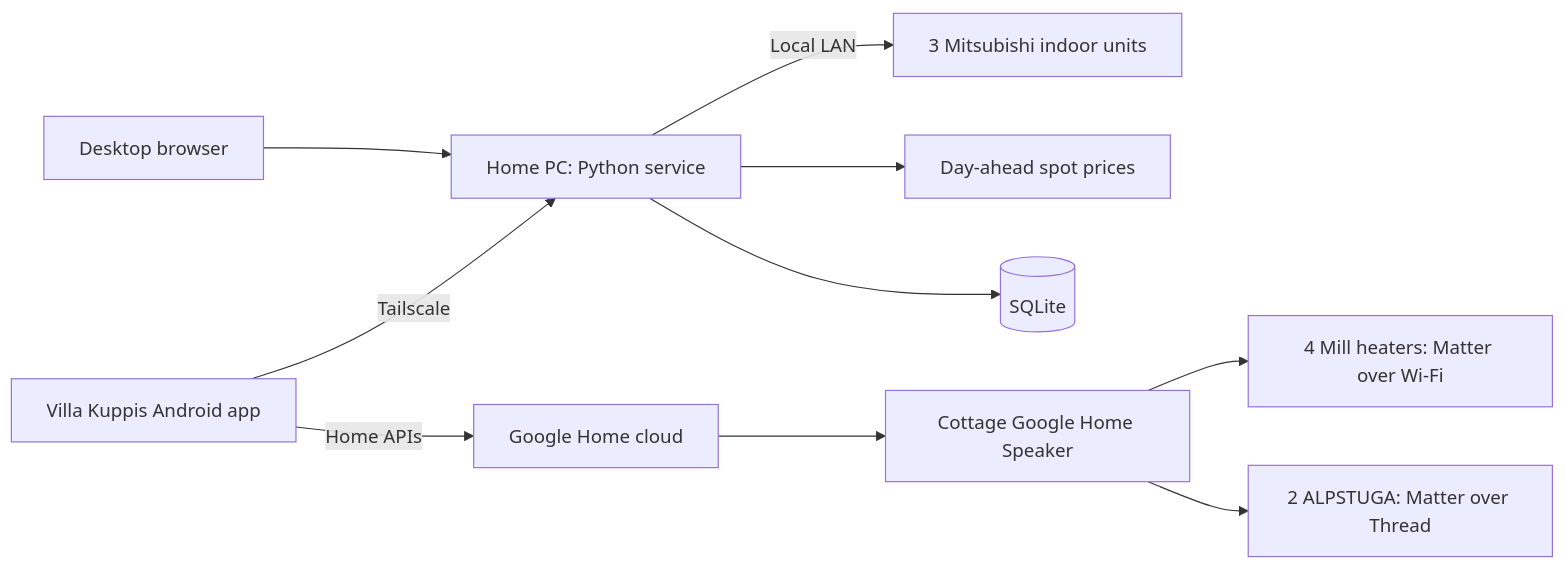
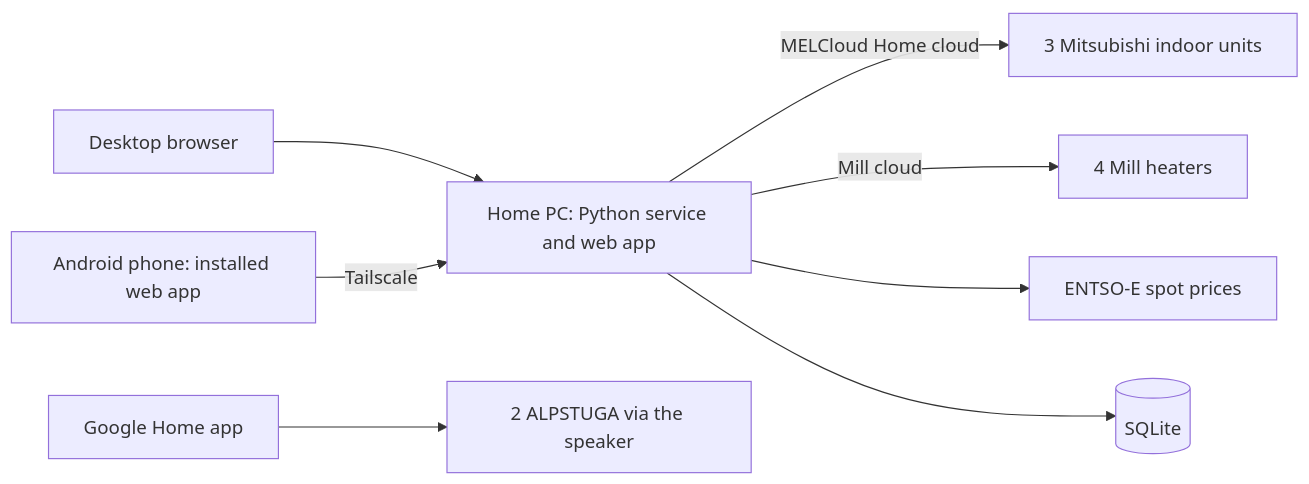
One commit to Vkuparin/villa-kuppis changed the diagram in docs/architecture.md. Above: the diagram before and after it, drawn with Mermaid. The commit also changed other lines of this file and 16 other files, not shown here.

First line of the commit message:
Plan revision 3: cloud routes and one web app

````diff
--- a/docs/architecture.md
+++ b/docs/architecture.md
@@ -14,12 +14,10 @@
 ```mermaid
 flowchart LR
-  Desktop[Desktop browser] --> PC[Home PC: Python service]
-  Phone[Villa Kuppis Android app] -->|Tailscale| PC
-  PC -->|Local LAN| Pumps[3 Mitsubishi indoor units]
-  PC --> Prices[Day-ahead spot prices]
+  Desktop[Desktop browser] --> PC[Home PC: Python service and web app]
+  Phone[Android phone: installed web app] -->|Tailscale| PC
+  PC -->|MELCloud Home cloud| Pumps[3 Mitsubishi indoor units]
+  PC -->|Mill cloud| Mill[4 Mill heaters]
+  PC --> Prices[ENTSO-E spot prices]
   PC --> DB[(SQLite)]
-  Phone -->|Home APIs| Google[Google Home cloud]
-  Google --> Hub[Cottage Google Home Speaker]
-  Hub --> Mill[4 Mill heaters: Matter over Wi-Fi]
-  Hub --> Sensors[2 ALPSTUGA: Matter over Thread]
+  Google[Google Home app] --> Sensors[2 ALPSTUGA via the speaker]
 ```
````
